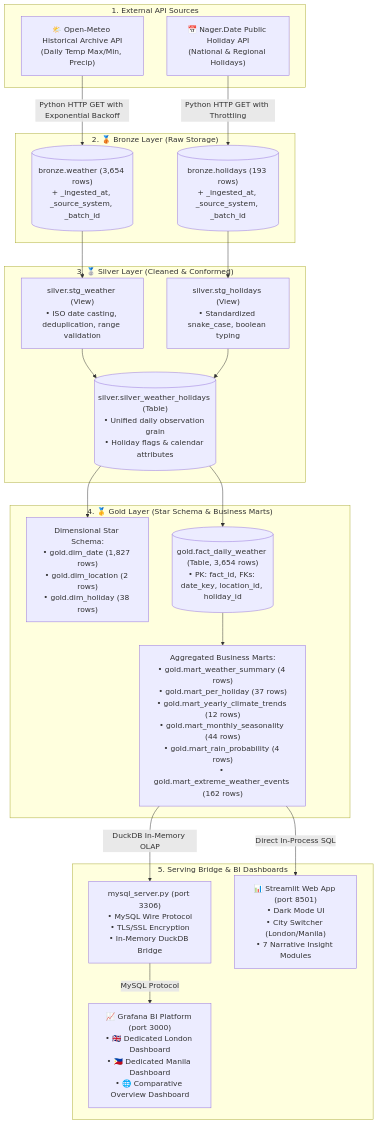
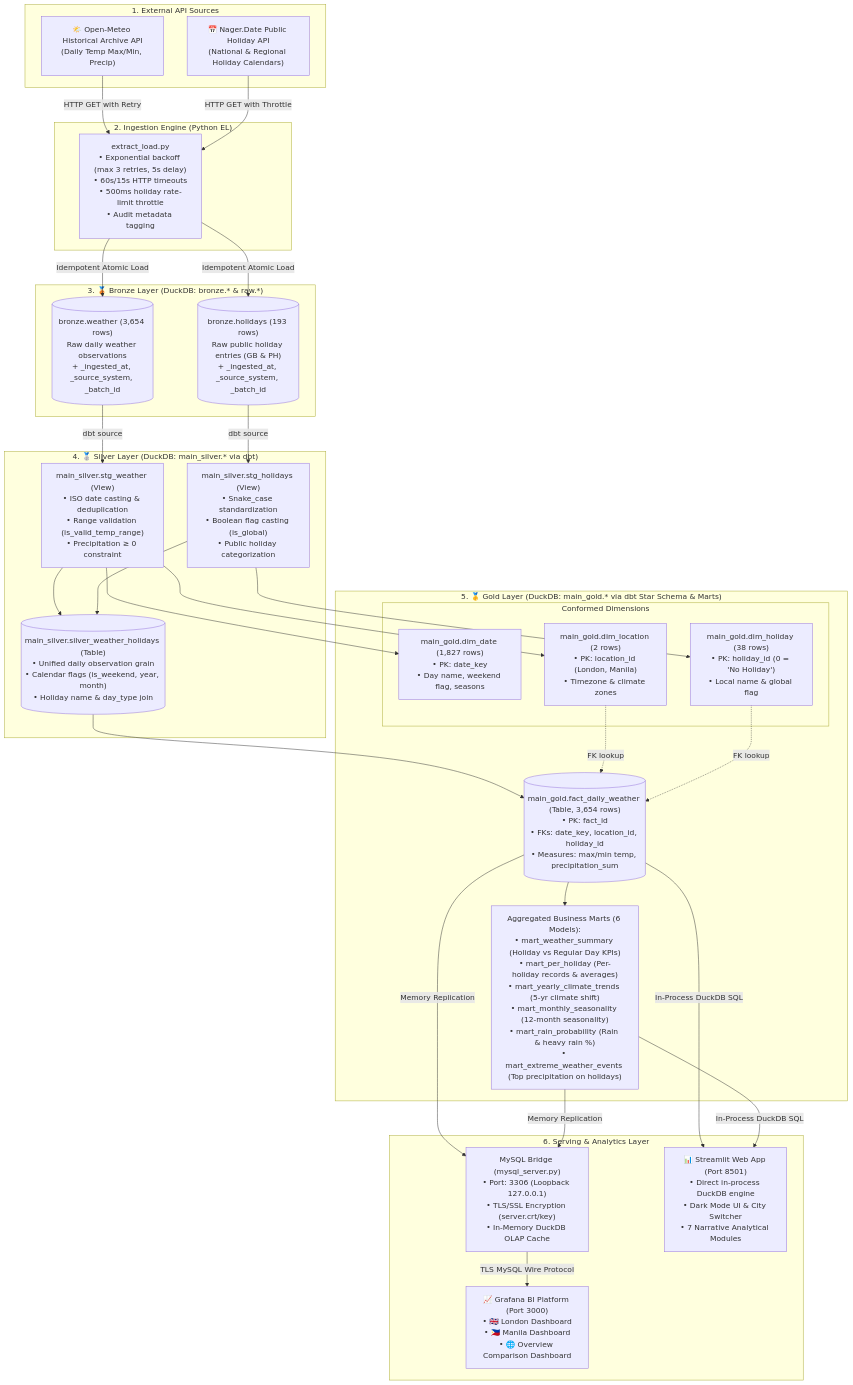
The first of 2 diagrams in docs/design_documents.md (glouize/weather-holiday-datapipeline), drawn with Mermaid before and after one commit. The commit also changed other lines of this file and 3 other files, not shown here.

````diff
--- a/docs/design_documents.md
+++ b/docs/design_documents.md
@@ -11,43 +15,59 @@
 ```mermaid
 flowchart TD
     subgraph DataSources["1. External API Sources"]
         A1["🌤️ Open-Meteo Historical Archive API\n(Daily Temp Max/Min, Precip)"]
-        A2["📅 Nager.Date Public Holiday API\n(National & Regional Holidays)"]
+        A2["📅 Nager.Date Public Holiday API\n(National & Regional Holiday Calendars)"]
     end
 
-    subgraph BronzeLayer["2. 🥉 Bronze Layer (Raw Storage)"]
-        B1[("bronze.weather (3,654 rows)\n+ _ingested_at, _source_system, _batch_id")]
-        B2[("bronze.holidays (193 rows)\n+ _ingested_at, _source_system, _batch_id")]
+    subgraph Ingestion["2. Ingestion Engine (Python EL)"]
+        EL["extract_load.py\n• Exponential backoff (max 3 retries, 5s delay)\n• 60s/15s HTTP timeouts\n• 500ms holiday rate-limit throttle\n• Audit metadata tagging"]
     end
 
-    subgraph SilverLayer["3. 🥈 Silver Layer (Cleaned & Conformed)"]
-        S1["silver.stg_weather (View)\n• ISO date casting, deduplication, range validation"]
-        S2["silver.stg_holidays (View)\n• Standardized snake_case, boolean typing"]
-        S3[("silver.silver_weather_holidays (Table)\n• Unified daily observation grain\n• Holiday flags & calendar attributes")]
+    subgraph BronzeLayer["3. 🥉 Bronze Layer (DuckDB: bronze.* & raw.*)"]
+        B1[("bronze.weather (3,654 rows)\nRaw daily weather observations\n+ _ingested_at, _source_system, _batch_id")]
+        B2[("bronze.holidays (193 rows)\nRaw public holiday entries (GB & PH)\n+ _ingested_at, _source_system, _batch_id")]
     end
 
-    subgraph GoldLayer["4. 🥇 Gold Layer (Star Schema & Business Marts)"]
-        G_DIM["Dimensional Star Schema:\n• gold.dim_date (1,827 rows)\n• gold.dim_location (2 rows)\n• gold.dim_holiday (38 rows)"]
-        G_FACT[("gold.fact_daily_weather (Table, 3,654 rows)\n• PK: fact_id, FKs: date_key, location_id, holiday_id")]
-        G_MARTS["Aggregated Business Marts:\n• gold.mart_weather_summary (4 rows)\n• gold.mart_per_holiday (37 rows)\n• gold.mart_yearly_climate_trends (12 rows)\n• gold.mart_monthly_seasonality (44 rows)\n• gold.mart_rain_probability (4 rows)\n• gold.mart_extreme_weather_events (162 rows)"]
+    subgraph SilverLayer["4. 🥈 Silver Layer (DuckDB: main_silver.* via dbt)"]
+        S1["main_silver.stg_weather (View)\n• ISO date casting & deduplication\n• Range validation (is_valid_temp_range)\n• Precipitation ≥ 0 constraint"]
+        S2["main_silver.stg_holidays (View)\n• Snake_case standardization\n• Boolean flag casting (is_global)\n• Public holiday categorization"]
+        S3[("main_silver.silver_weather_holidays (Table)\n• Unified daily observation grain\n• Calendar flags (is_weekend, year, month)\n• Holiday name & day_type join")]
     end
 
-    subgraph ServingLayer["5. Serving Bridge & BI Dashboards"]
-        P1["mysql_server.py (port 3306)\n• MySQL Wire Protocol\n• TLS/SSL Encryption\n• In-Memory DuckDB Bridge"]
-        BI1["📊 Streamlit Web App (port 8501)\n• Dark Mode UI\n• City Switcher (London/Manila)\n• 7 Narrative Insight Modules"]
-        BI2["📈 Grafana BI Platform (port 3000)\n• 🇬🇧 Dedicated London Dashboard\n• 🇵🇭 Dedicated Manila Dashboard\n• 🌐 Comparative Overview Dashboard"]
+    subgraph GoldLayer["5. 🥇 Gold Layer (DuckDB: main_gold.* via dbt Star Schema & Marts)"]
+        subgraph Dimensions["Conformed Dimensions"]
+            G_DATE["main_gold.dim_date (1,827 rows)\n• PK: date_key\n• Day name, weekend flag, seasons"]
+            G_LOC["main_gold.dim_location (2 rows)\n• PK: location_id (London, Manila)\n• Timezone & climate zones"]
+            G_HOL["main_gold.dim_holiday (38 rows)\n• PK: holiday_id (0 = 'No Holiday')\n• Local name & global flag"]
+        end
+        G_FACT[("main_gold.fact_daily_weather (Table, 3,654 rows)\n• PK: fact_id\n• FKs: date_key, location_id, holiday_id\n• Measures: max/min temp, precipitation_sum")]
+        G_MARTS["Aggregated Business Marts (6 Models):\n• mart_weather_summary (Holiday vs Regular Day KPIs)\n• mart_per_holiday (Per-holiday records & averages)\n• mart_yearly_climate_trends (5-yr climate shift)\n• mart_monthly_seasonality (12-month seasonality)\n• mart_rain_probability (Rain & heavy rain %)\n• mart_extreme_weather_events (Top precipitation on holidays)"]
     end
 
-    A1 -->|Python HTTP GET with Exponential Backoff| B1
-    A2 -->|Python HTTP GET with Throttling| B2
-    B1 --> S1
-    B2 --> S2
+    subgraph ServingLayer["6. Serving & Analytics Layer"]
+        P_MYSQL["MySQL Bridge (mysql_server.py)\n• Port: 3306 (Loopback 127.0.0.1)\n• TLS/SSL Encryption (server.crt/key)\n• In-Memory DuckDB OLAP Cache"]
+        BI_GRAFANA["📈 Grafana BI Platform (Port 3000)\n• 🇬🇧 London Dashboard\n• 🇵🇭 Manila Dashboard\n• 🌐 Overview Comparison Dashboard"]
+        BI_STREAMLIT["📊 Streamlit Web App (Port 8501)\n• Direct in-process DuckDB engine\n• Dark Mode UI & City Switcher\n• 7 Narrative Analytical Modules"]
+    end
+
+    A1 -->|HTTP GET with Retry| EL
+    A2 -->|HTTP GET with Throttle| EL
+    EL -->|Idempotent Atomic Load| B1
+    EL -->|Idempotent Atomic Load| B2
+    B1 -->|dbt source| S1
+    B2 -->|dbt source| S2
     S1 --> S3
     S2 --> S3
-    S3 --> G_DIM
+    S1 --> G_DATE
+    S1 --> G_LOC
+    S2 --> G_HOL
     S3 --> G_FACT
+    G_LOC -.->|FK lookup| G_FACT
+    G_HOL -.->|FK lookup| G_FACT
     G_FACT --> G_MARTS
-    G_MARTS -->|Direct In-Process SQL| BI1
-    G_MARTS -->|DuckDB In-Memory OLAP| P1
-    P1 -->|MySQL Protocol| BI2
+    G_FACT -->|In-Process DuckDB SQL| BI_STREAMLIT
+    G_MARTS -->|In-Process DuckDB SQL| BI_STREAMLIT
+    G_FACT -->|Memory Replication| P_MYSQL
+    G_MARTS -->|Memory Replication| P_MYSQL
+    P_MYSQL -->|TLS MySQL Wire Protocol| BI_GRAFANA
 ```
````
